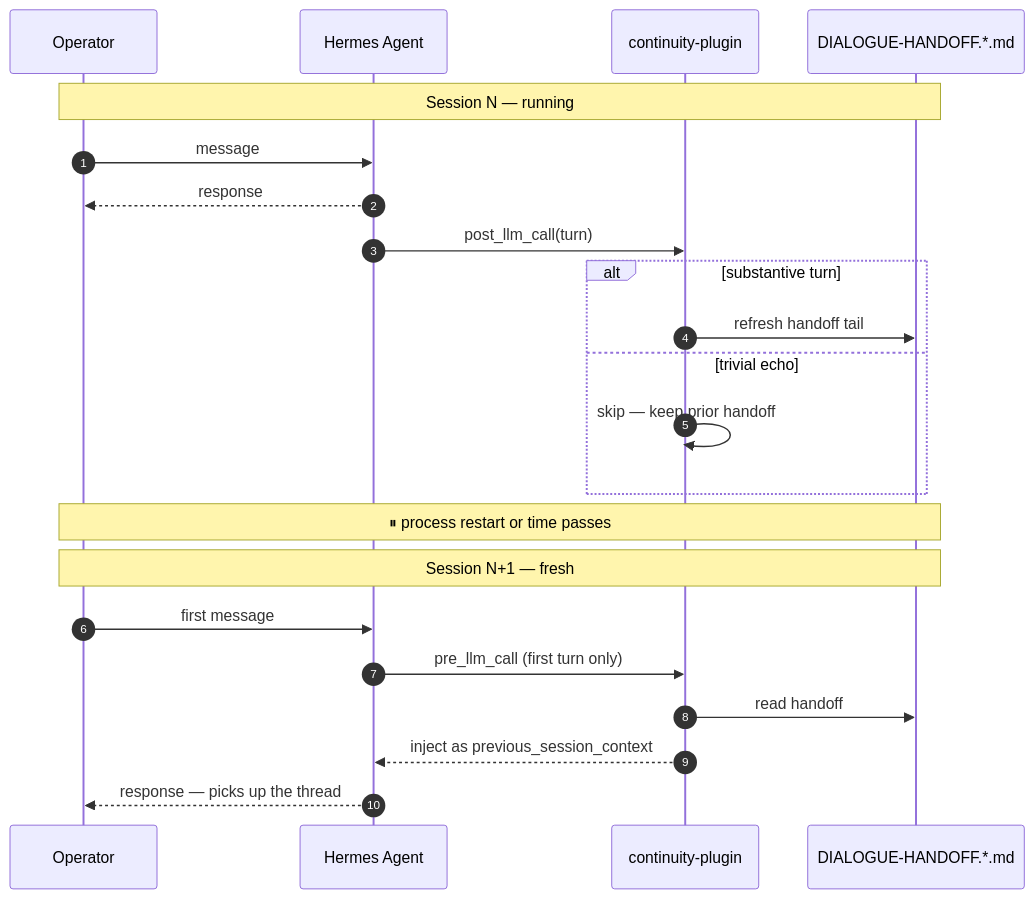
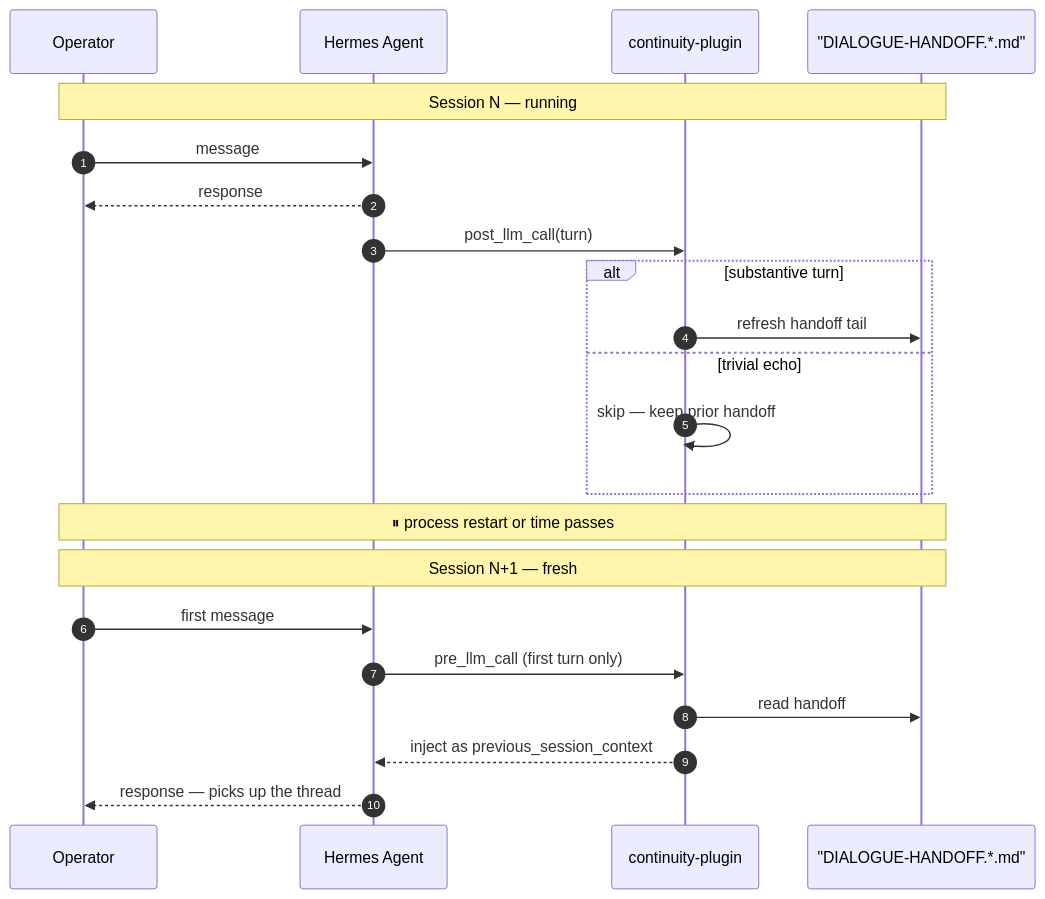
Before and after one commit to Mar-IA-no/hermes-continuity-plugin: the diagram in README.md, drawn with Mermaid.

Commit message:
docs(readme): quote mermaid participant alias to fix GitHub renderThe sequenceDiagram declared participant F with an unquoted aliasDIALOGUE-HANDOFF.*.md. The asterisk made GitHubs mermaid parser failsilently with Cannot read properties of undefined reading render.Quoting the alias resolves the parse and the diagram now renders.

````diff
--- a/README.md
+++ b/README.md
@@ -317,27 +317,27 @@
 ```mermaid
 sequenceDiagram
     autonumber
     participant U as Operator
     participant H as Hermes Agent
     participant P as continuity-plugin
-    participant F as DIALOGUE-HANDOFF.*.md
+    participant F as "DIALOGUE-HANDOFF.*.md"
 
     note over U,F: Session N — running
     U->>H: message
     H-->>U: response
     H->>P: post_llm_call(turn)
     alt substantive turn
         P->>F: refresh handoff tail
     else trivial echo
         P->>P: skip — keep prior handoff
     end
 
     note over U,F: ⏸  process restart or time passes
 
     note over U,F: Session N+1 — fresh
     U->>H: first message
     H->>P: pre_llm_call (first turn only)
     P->>F: read handoff
     P-->>H: inject as previous_session_context
     H-->>U: response — picks up the thread
 ```
````
